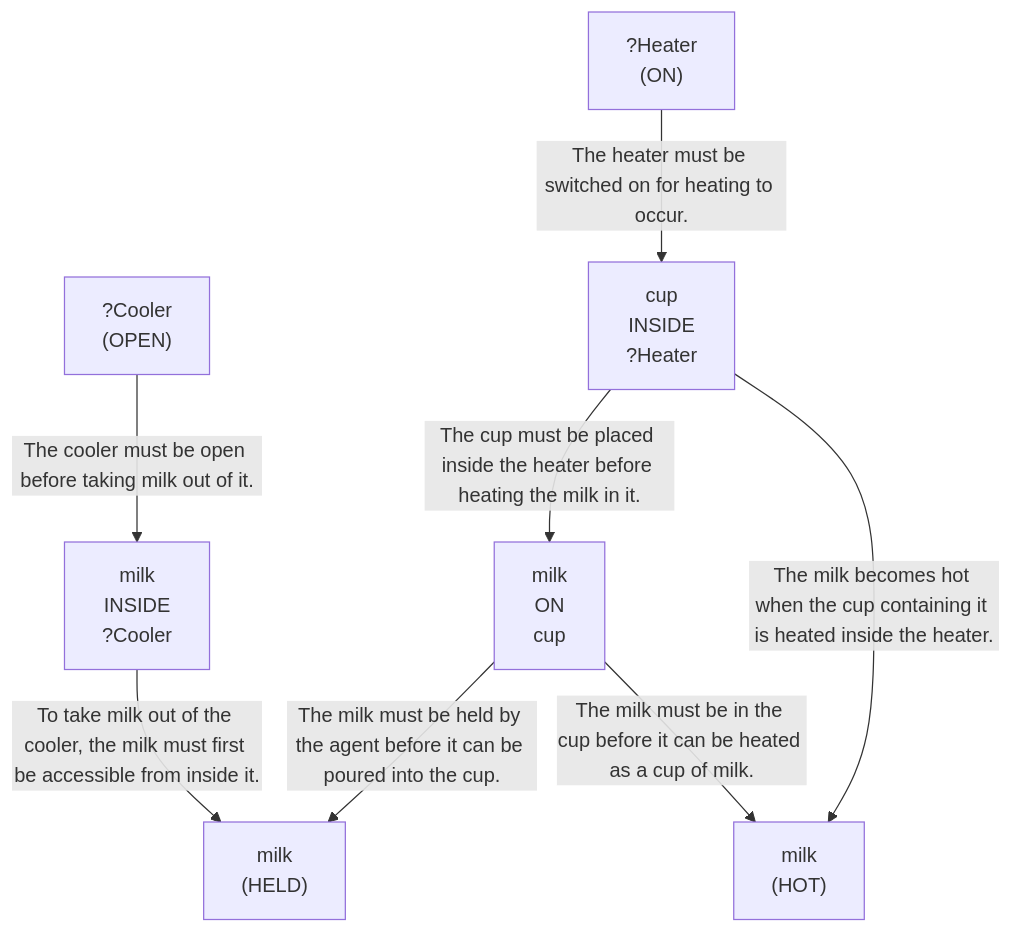
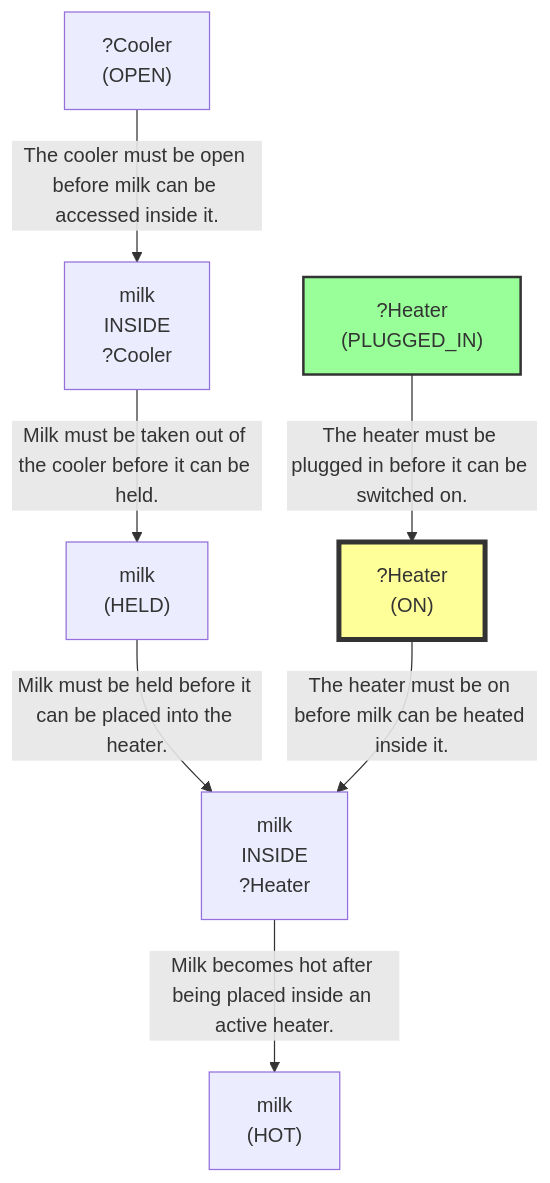
One commit to scuama/virtualhome changed the sixth of 7 diagrams in evaluation/results/table3/robostate/runs/without_goal_reasoning/G4_16/run_T3_without_goal_reasoning_G4_16.md. Above: the diagram before and after it, drawn with Mermaid. The commit also changed other lines of this file and 507 other files, not shown here.

````diff
--- a/evaluation/results/table3/robostate/runs/without_goal_reasoning/G4_16/run_T3_without_goal_reasoning_G4_16.md
+++ b/evaluation/results/table3/robostate/runs/without_goal_reasoning/G4_16/run_T3_without_goal_reasoning_G4_16.md
@@ -155,17 +428,18 @@
 ```mermaid
 graph TD
-    N1["milk<br>(HELD)"]
-    N2["milk<br>INSIDE<br>?Cooler"]
-    N3["?Cooler<br>(OPEN)"]
-    N4["milk<br>ON<br>cup"]
-    N5["cup<br>INSIDE<br>?Heater"]
-    N6["?Heater<br>(ON)"]
+    N1["?Heater<br>(ON)"]
+    style N1 fill:#ff9,stroke:#333,stroke-width:4px
+    N2["?Heater<br>(PLUGGED_IN)"]
+    style N2 fill:#9f9,stroke:#333,stroke-width:2px
+    N3["milk<br>INSIDE<br>?Cooler"]
+    N4["?Cooler<br>(OPEN)"]
+    N5["milk<br>(HELD)"]
+    N6["milk<br>INSIDE<br>?Heater"]
     N7["milk<br>(HOT)"]
-    N2 -->|"To take milk out of the cooler, the milk must first be accessible from inside it."| N1
-    N3 -->|"The cooler must be open before taking milk out of it."| N2
-    N4 -->|"The milk must be held by the agent before it can be poured into the cup."| N1
-    N5 -->|"The cup must be placed inside the heater before heating the milk in it."| N4
-    N6 -->|"The heater must be switched on for heating to occur."| N5
-    N5 -->|"The milk becomes hot when the cup containing it is heated inside the heater."| N7
-    N4 -->|"The milk must be in the cup before it can be heated as a cup of milk."| N7
+    N2 -->|"The heater must be plugged in before it can be switched on."| N1
+    N4 -->|"The cooler must be open before milk can be accessed inside it."| N3
+    N3 -->|"Milk must be taken out of the cooler before it can be held."| N5
+    N5 -->|"Milk must be held before it can be placed into the heater."| N6
+    N1 -->|"The heater must be on before milk can be heated inside it."| N6
+    N6 -->|"Milk becomes hot after being placed inside an active heater."| N7
 ```
````
